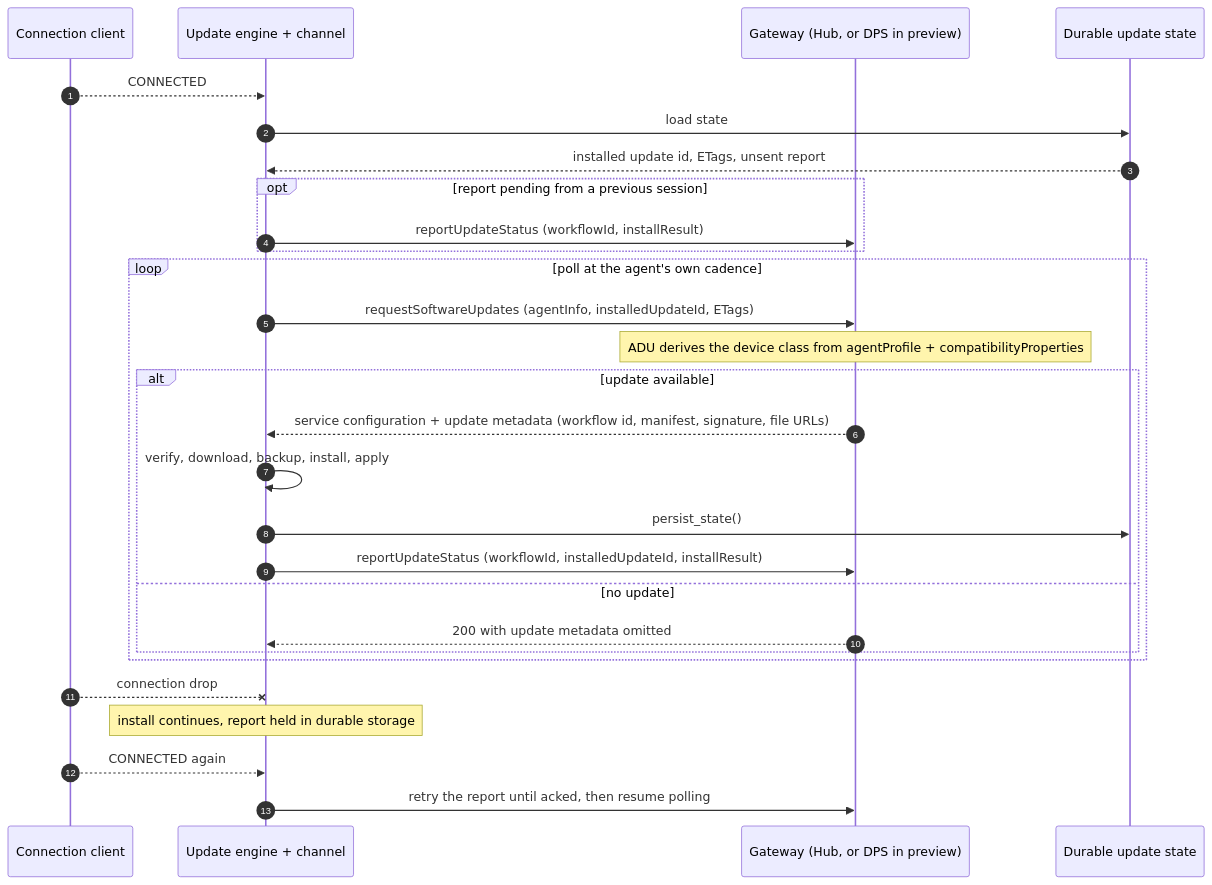
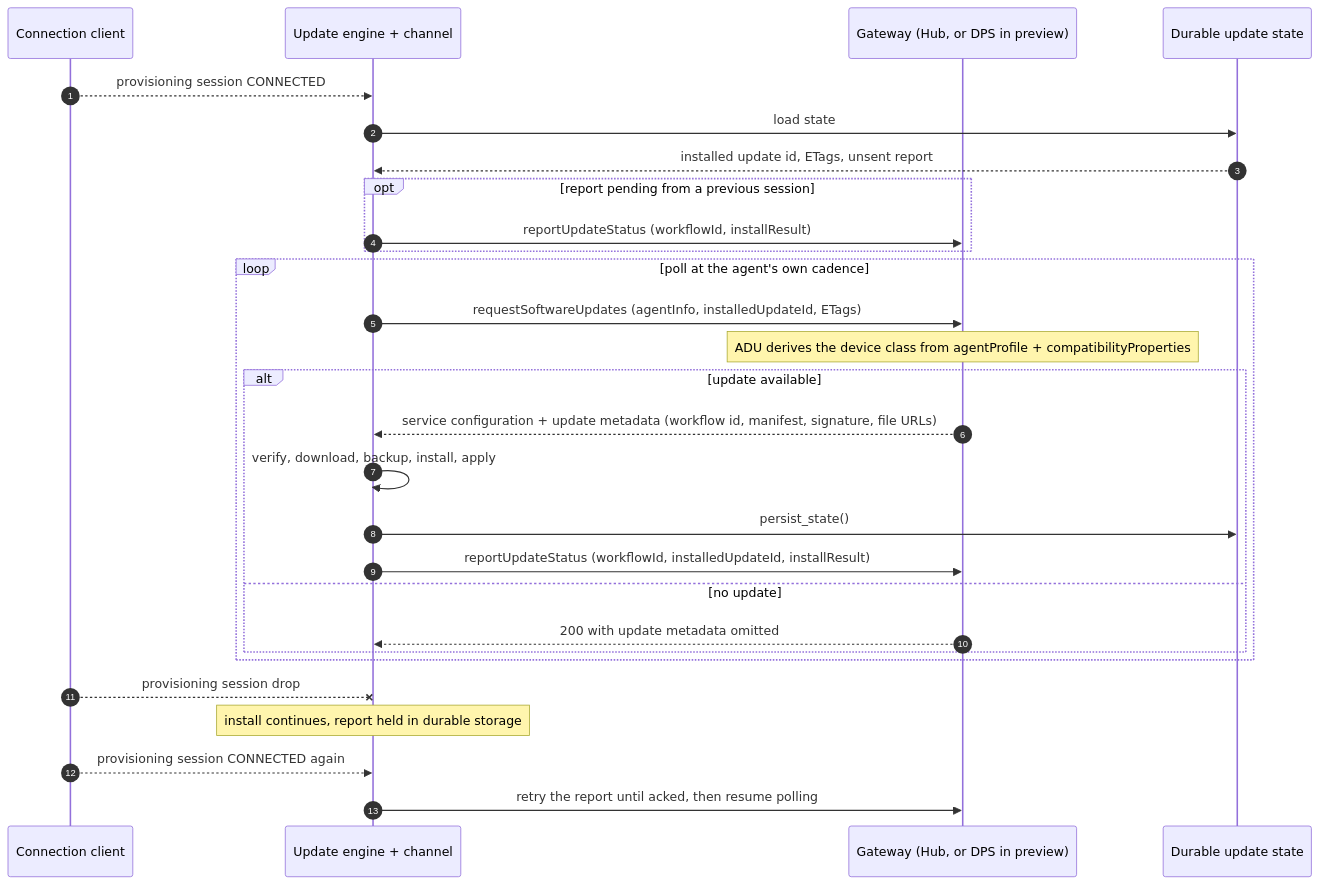
One commit to Azure/azure-iot-sdk changed the eighth of 9 diagrams in c/docs/connection.md. Above: the diagram before and after it, drawn with Mermaid. The commit also changed other lines of this file and 2 other files, not shown here.

First line of the commit message:
docs: align the lifecycle with the provisioning-session model

````diff
--- a/c/docs/connection.md
+++ b/c/docs/connection.md
@@ -597,33 +616,33 @@
 ```mermaid
 sequenceDiagram
     autonumber
     participant Conn as Connection client
     participant ADU as Update engine + channel
     participant GW as Gateway (Hub, or DPS in preview)
     participant Store as Durable update state
 
-    Conn-->>ADU: CONNECTED
+    Conn-->>ADU: provisioning session CONNECTED
     ADU->>Store: load state
     Store-->>ADU: installed update id, ETags, unsent report
     opt report pending from a previous session
         ADU->>GW: reportUpdateStatus (workflowId, installResult)
     end
 
     loop poll at the agent's own cadence
         ADU->>GW: requestSoftwareUpdates (agentInfo, installedUpdateId, ETags)
         Note over GW: ADU derives the device class from agentProfile + compatibilityProperties
         alt update available
             GW-->>ADU: service configuration + update metadata (workflow id, manifest, signature, file URLs)
             ADU->>ADU: verify, download, backup, install, apply
             ADU->>Store: persist_state()
             ADU->>GW: reportUpdateStatus (workflowId, installedUpdateId, installResult)
         else no update
             GW-->>ADU: 200 with update metadata omitted
         end
     end
 
-    Conn--xADU: connection drop
+    Conn--xADU: provisioning session drop
     Note over ADU: install continues, report held in durable storage
-    Conn-->>ADU: CONNECTED again
+    Conn-->>ADU: provisioning session CONNECTED again
     ADU->>GW: retry the report until acked, then resume polling
 ```
````
